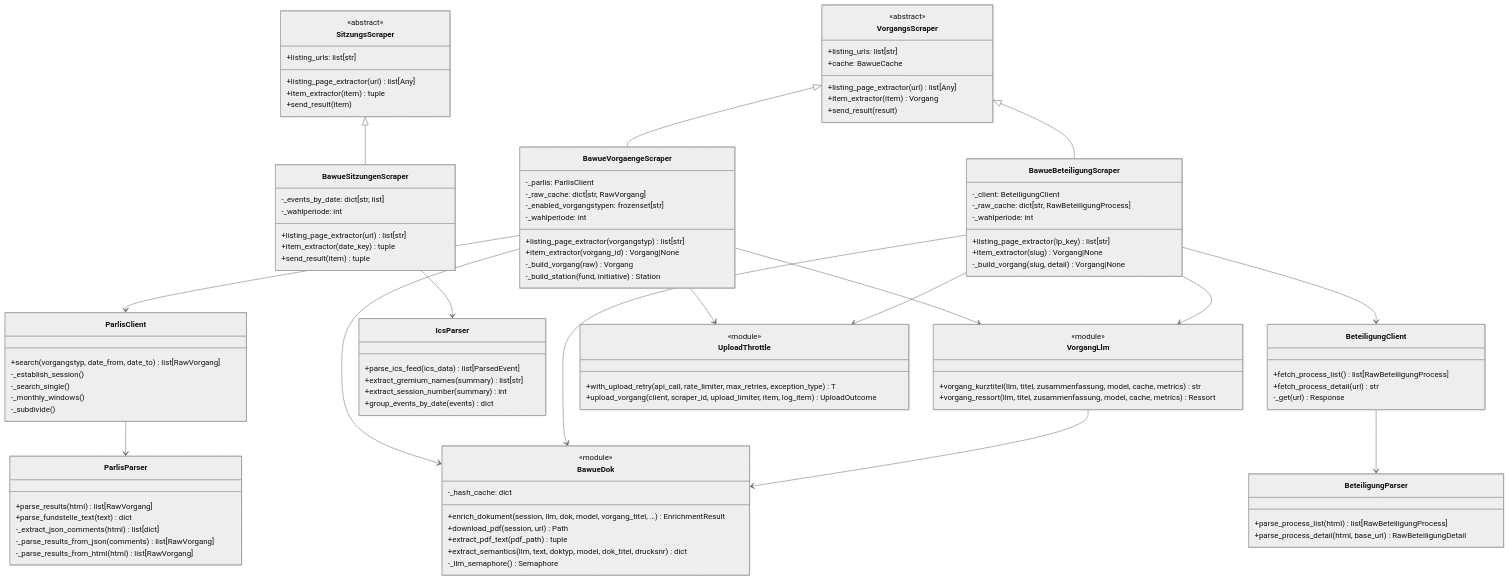
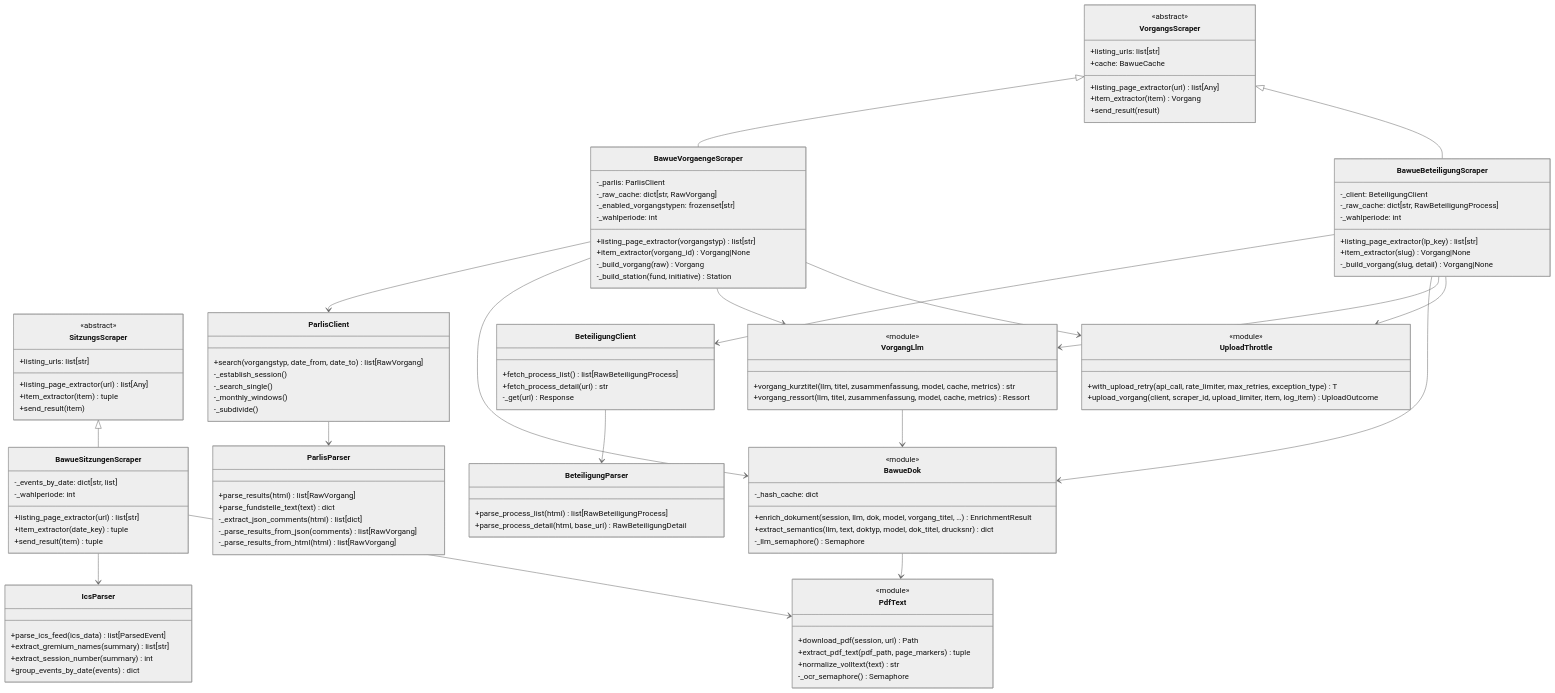
The third of 4 diagrams in docs/architecture.md (Parlamentszusammenfasser/pazufa-scraper-bw), drawn with Mermaid (neutral theme) before and after one commit. The commit also changed other lines of this file and 17 other files, not shown here.

First line of the commit message:
refactor: move PDF download and text extraction to pdf_text.py

````diff
--- a/docs/architecture.md
+++ b/docs/architecture.md
@@ -225,11 +225,17 @@
     class BawueDok {
         <<module>>
         +enrich_dokument(session, llm, dok, model, vorgang_titel, …) EnrichmentResult
-        +download_pdf(session, url) Path
-        +extract_pdf_text(pdf_path) tuple
         +extract_semantics(llm, text, doktyp, model, dok_titel, drucksnr) dict
         -_hash_cache: dict
         -_llm_semaphore() Semaphore
+    }
+
+    class PdfText {
+        <<module>>
+        +download_pdf(session, url) Path
+        +extract_pdf_text(pdf_path, page_markers) tuple
+        +normalize_volltext(text) str
+        -_ocr_semaphore() Semaphore
     }
 
     class VorgangLlm {
@@ -253,7 +259,9 @@
     BawueBeteiligungScraper --> BawueDok
     BawueBeteiligungScraper --> VorgangLlm
     VorgangLlm --> BawueDok
+    BawueDok --> PdfText
     BawueBeteiligungScraper --> UploadThrottle
     BeteiligungClient --> BeteiligungParser
     BawueSitzungenScraper --> IcsParser
+    BawueSitzungenScraper --> PdfText
 ```
````
